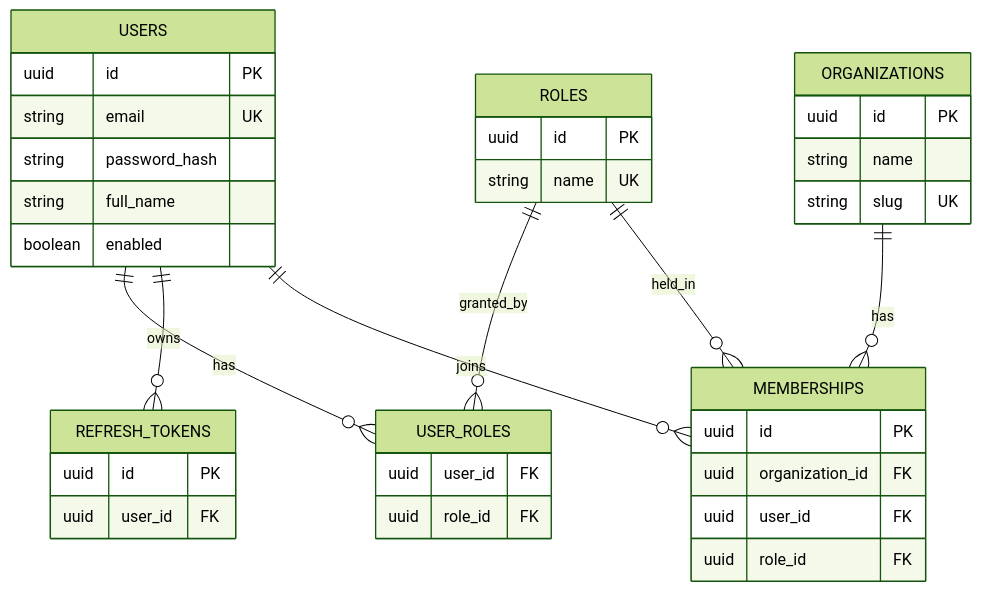
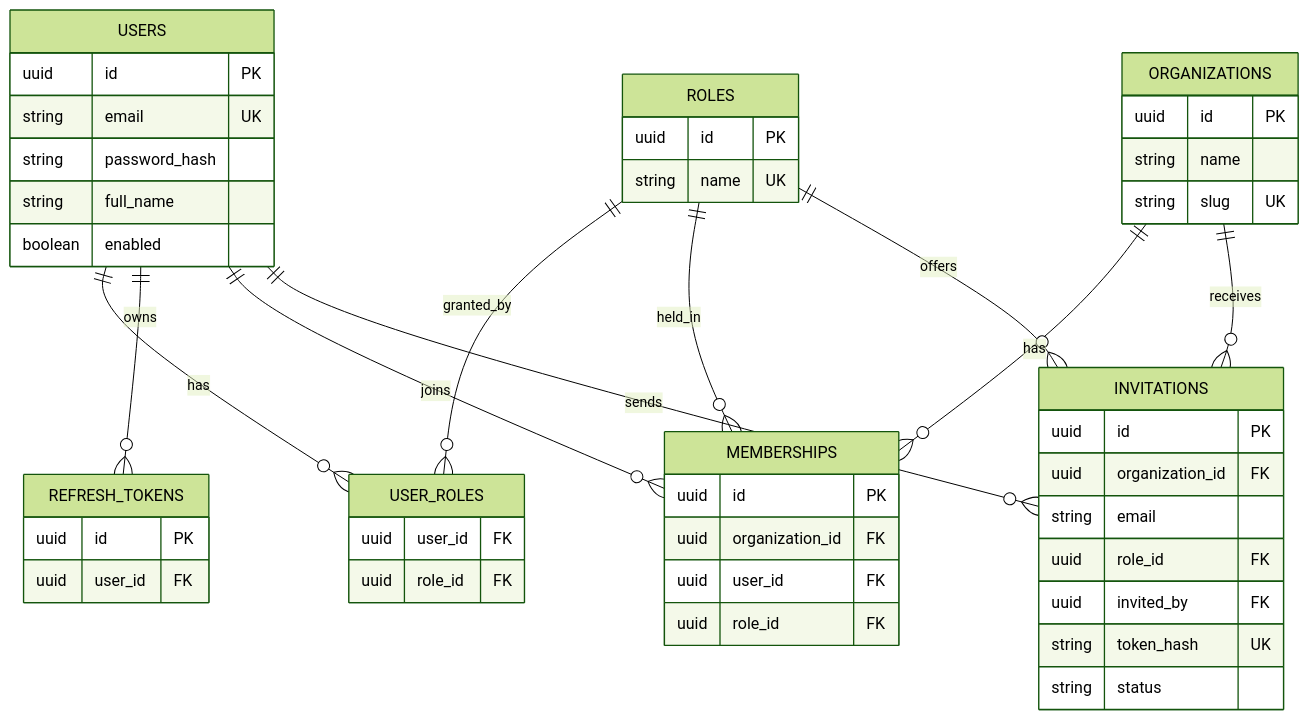
One commit to Mutiur03/CSE3220_Connecta changed the second of 2 diagrams in README.md. Above: the diagram before and after it, drawn with Mermaid (forest theme). The commit also changed other lines of this file and 27 other files, not shown here.

````diff
--- a/README.md
+++ b/README.md
@@ -70,27 +70,37 @@
 ```mermaid
 erDiagram
     USERS ||--o{ USER_ROLES : has
     ROLES ||--o{ USER_ROLES : granted_by
     USERS ||--o{ REFRESH_TOKENS : owns
     USERS { uuid id PK
         string email UK
         string password_hash
         string full_name
         boolean enabled }
     ROLES { uuid id PK
         string name UK }
     USER_ROLES { uuid user_id FK
         uuid role_id FK }
     REFRESH_TOKENS { uuid id PK
         uuid user_id FK }
     ORGANIZATIONS ||--o{ MEMBERSHIPS : has
     USERS ||--o{ MEMBERSHIPS : joins
     ROLES ||--o{ MEMBERSHIPS : held_in
     ORGANIZATIONS { uuid id PK
         string name
         string slug UK }
     MEMBERSHIPS { uuid id PK
         uuid organization_id FK
         uuid user_id FK
         uuid role_id FK }
+    ORGANIZATIONS ||--o{ INVITATIONS : receives
+    ROLES ||--o{ INVITATIONS : offers
+    USERS ||--o{ INVITATIONS : sends
+    INVITATIONS { uuid id PK
+        uuid organization_id FK
+        string email
+        uuid role_id FK
+        uuid invited_by FK
+        string token_hash UK
+        string status }
 ```
````
